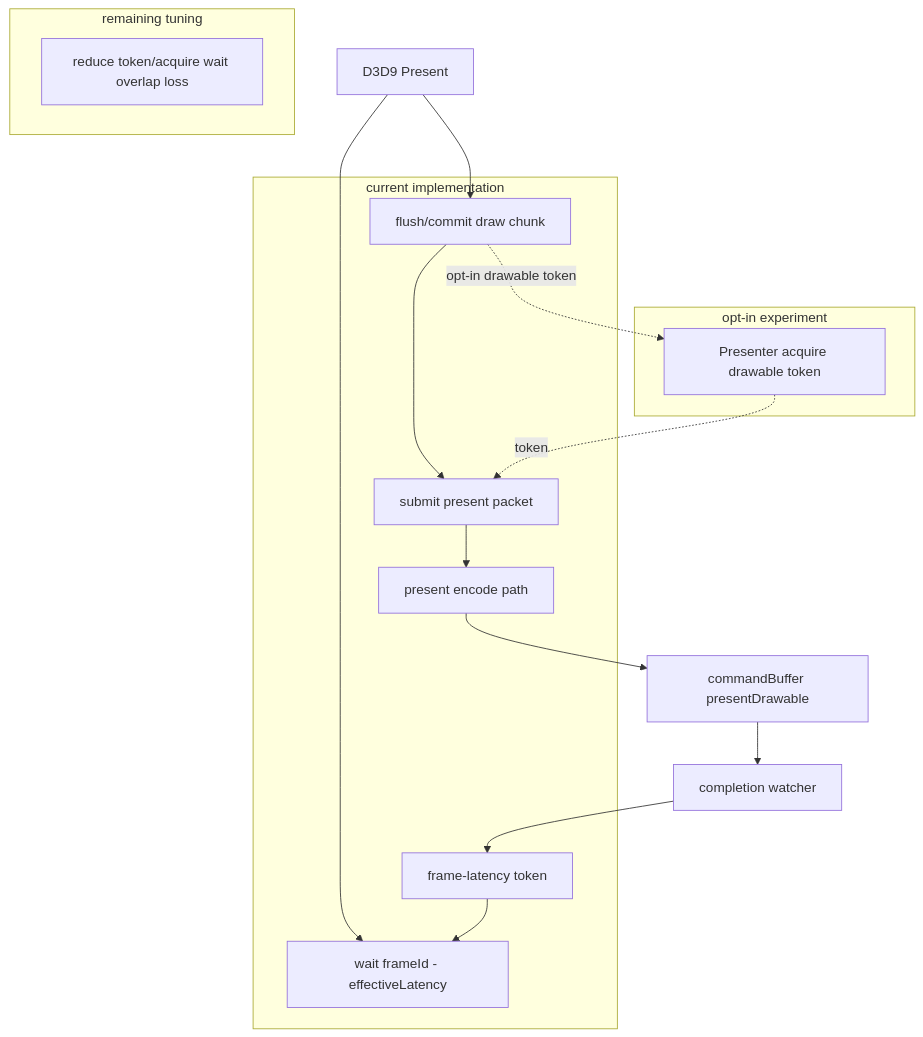
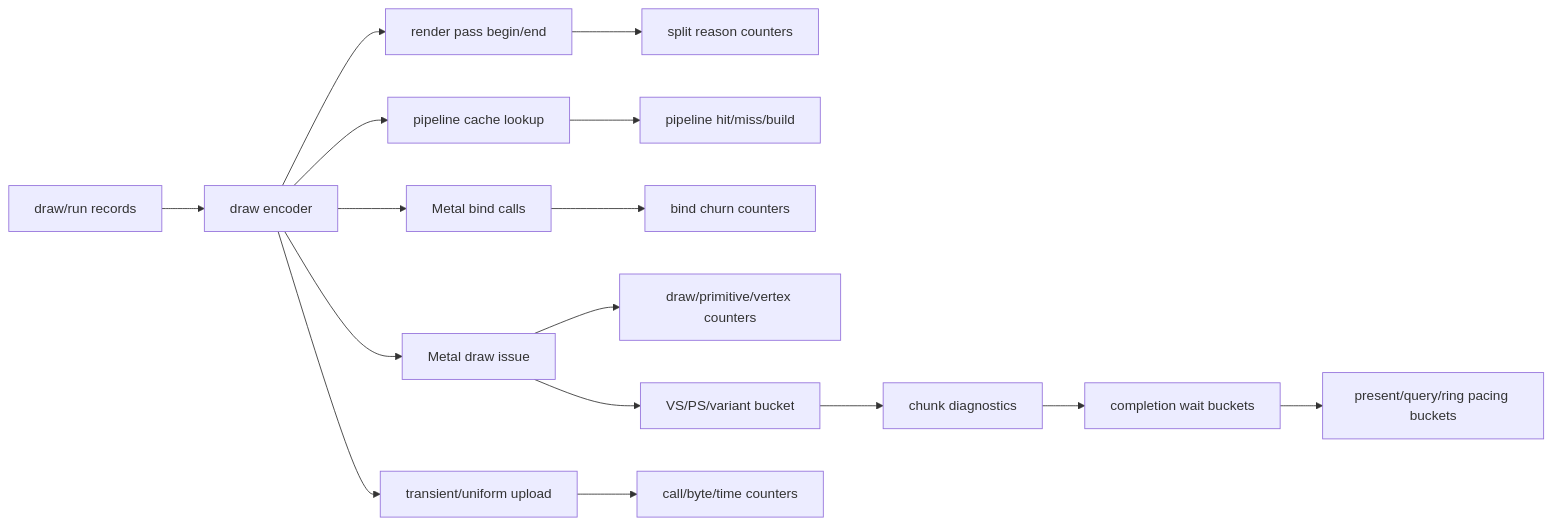
The ninth of 11 diagrams in docs/perfomance-bottleneck.md (dfdgsdfg/dxmt9), drawn with Mermaid before and after one commit. The commit also changed other lines of this file, not shown here.

````diff
--- a/docs/perfomance-bottleneck.md
+++ b/docs/perfomance-bottleneck.md
@@ -544,29 +437,20 @@
 ```mermaid
-flowchart TD
-  App[D3D9 Present] --> FlushDraw[flush/commit draw chunk]
-  FlushDraw --> PresentPacket[submit present packet]
-  FlushDraw -. opt-in drawable token .-> Acquire[Presenter acquire drawable token]
-  Acquire -. token .-> PresentPacket
-  PresentPacket --> PresentEncode[present encode path]
-  PresentEncode --> MTLPresent[commandBuffer presentDrawable]
-  MTLPresent --> Completion[completion watcher]
-  Completion --> FrameFence[frame-latency token]
-  App --> LatencyWait[wait frameId - effectiveLatency]
-  FrameFence --> LatencyWait
+flowchart LR
+  DrawRun[draw/run records] --> Encoder[draw encoder]
+  Encoder --> Pass[render pass begin/end]
+  Encoder --> Pipeline[pipeline cache lookup]
+  Encoder --> Bind[Metal bind calls]
+  Encoder --> Issue[Metal draw issue]
+  Encoder --> Upload[transient/uniform upload]
 
-  subgraph CurrentStage[current implementation]
-    FlushDraw
-    PresentPacket
-    PresentEncode
-    FrameFence
-    LatencyWait
-  end
+  Pass --> Split[split reason counters]
+  Pipeline --> HitMiss[pipeline hit/miss/build]
+  Bind --> BindCounters[bind churn counters]
+  Issue --> Volume[draw/primitive/vertex counters]
+  Issue --> ShaderBucket[VS/PS/variant bucket]
+  Upload --> UploadCounters[call/byte/time counters]
 
-  subgraph ExperimentalStage[opt-in experiment]
-    Acquire
-  end
-
-  subgraph RemainingWork[remaining tuning]
-    ReduceTokenWait[reduce token/acquire wait overlap loss]
-  end
+  ShaderBucket --> QueueDiag[chunk diagnostics]
+  QueueDiag --> Completion[completion wait buckets]
+  Completion --> Pacing[present/query/ring pacing buckets]
 ```
````
